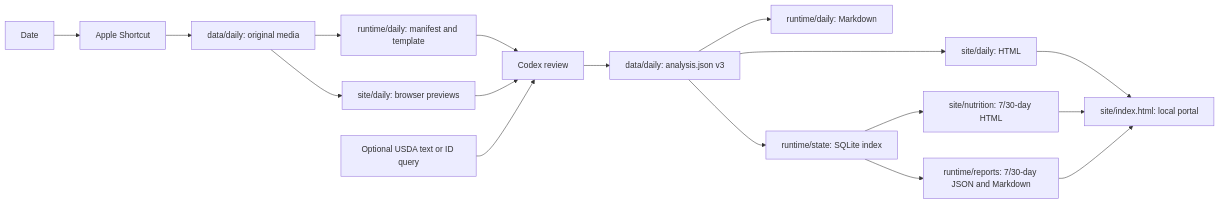
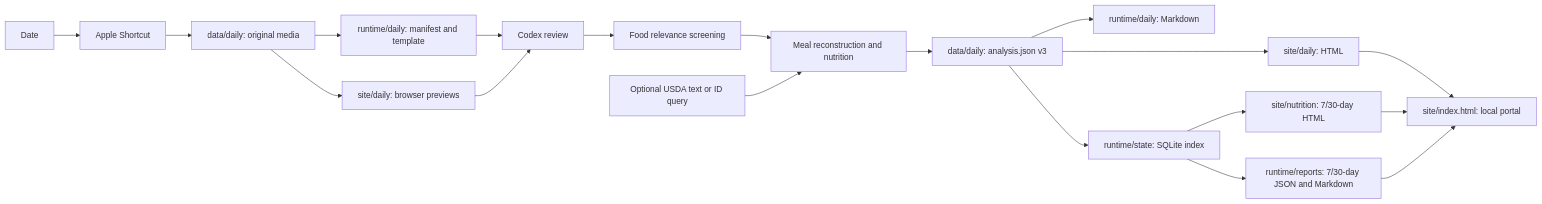
Before and after one commit to imathwy/health: the second of 2 diagrams in docs/architecture.md, drawn with Mermaid. The commit also changed 12 other files, not shown here.

Commit message:
Filter daily photos before nutrition analysis

````diff
--- a/docs/architecture.md
+++ b/docs/architecture.md
@@ -69,19 +69,21 @@
 ```mermaid
 flowchart LR
     A[Date] --> B[Apple Shortcut]
     B --> C[data/daily: original media]
     C --> D[runtime/daily: manifest and template]
     C --> P[site/daily: browser previews]
     D --> E[Codex review]
     P --> E
-    U[Optional USDA text or ID query] --> E
-    E --> F[data/daily: analysis.json v3]
+    E --> S[Food relevance screening]
+    S --> N[Meal reconstruction and nutrition]
+    U[Optional USDA text or ID query] --> N
+    N --> F[data/daily: analysis.json v3]
     F --> G[runtime/daily: Markdown]
     F --> W[site/daily: HTML]
     F --> H[runtime/state: SQLite index]
     H --> I[runtime/reports: 7/30-day JSON and Markdown]
     H --> T[site/nutrition: 7/30-day HTML]
     W --> J[site/index.html: local portal]
     T --> J
     I --> J
 ```
````
